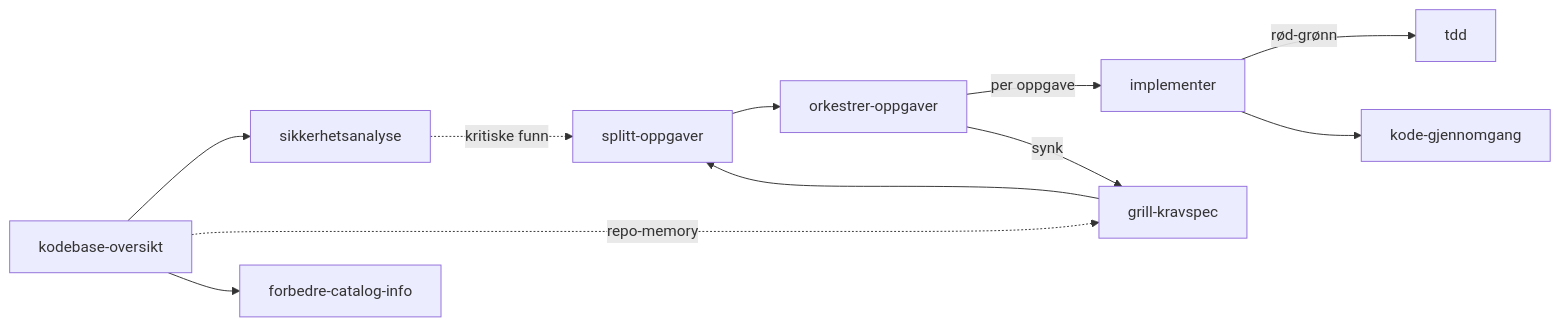
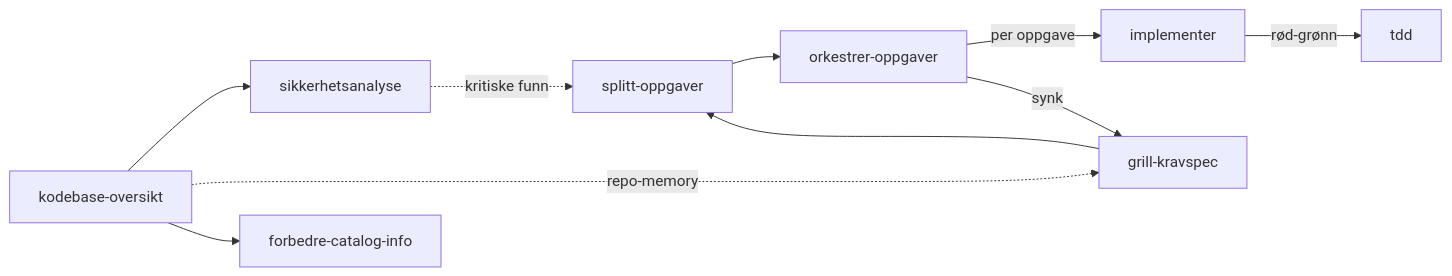
The diagram in README.md (erikediner/skills), drawn with Mermaid before and after one commit. The commit also changed other lines of this file and 2 other files, not shown here.

Commit message:
fjerne kodegjennomngang

````diff
--- a/README.md
+++ b/README.md
@@ -33,13 +32,12 @@
 ```mermaid
 flowchart LR
     KO[kodebase-oversikt] --> SA[sikkerhetsanalyse]
     KO -.->|repo-memory| GK
     SA -.->|kritiske funn| SP
     KO --> FCI[forbedre-catalog-info]
     GK[grill-kravspec] --> SP[splitt-oppgaver]
     SP --> OO[orkestrer-oppgaver]
     OO -->|per oppgave| IMP[implementer]
     IMP -->|rød-grønn| TDD[tdd]
-    IMP --> KGJ[kode-gjennomgang]
     OO -->|synk| GK
 ```
````
